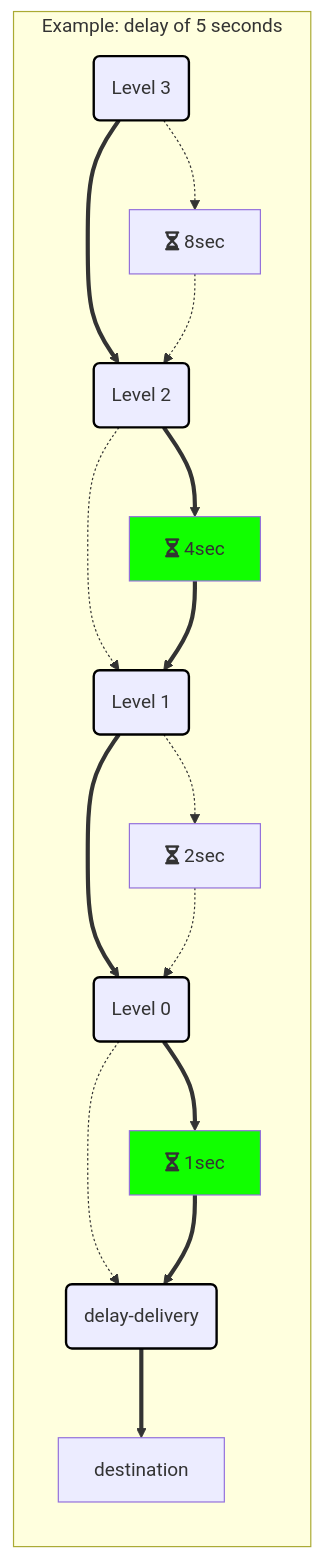
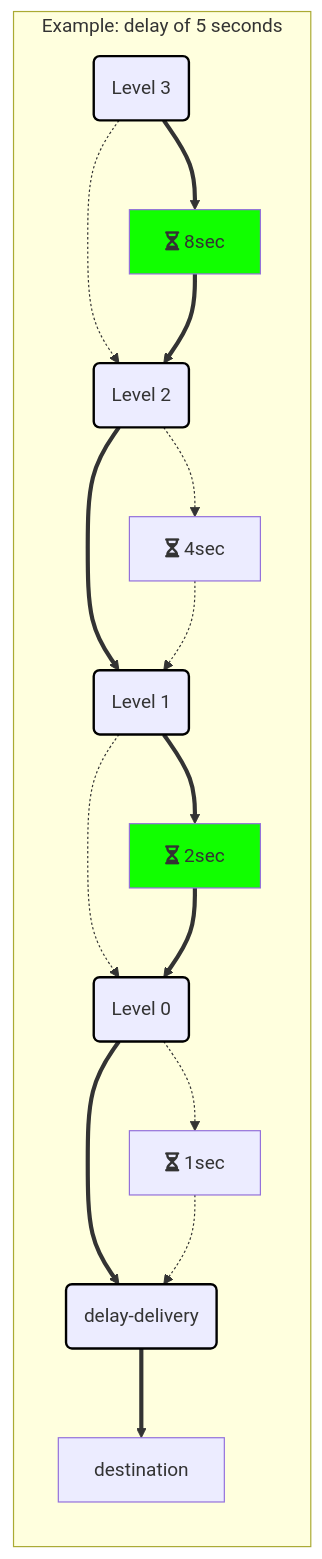
The second of 2 diagrams in transports/rabbitmq/delayed-delivery.md (Particular/docs.particular.net), drawn with Mermaid before and after one commit. The commit also changed other lines of this file, not shown here.

Commit message:
Replace table with diagram, adjust example

````diff
--- a/transports/rabbitmq/delayed-delivery.md
+++ b/transports/rabbitmq/delayed-delivery.md
@@ -111,41 +125,41 @@
 ```mermaid
 graph LR
 
 subgraph Example: delay of 5 seconds
 
 exchange3(Level 3)
 exchange2(Level 2)
 exchange1(Level 1)
 exchange0(Level 0)
 exchange-delivery(delay-delivery)
 q3[fa:fa-hourglass-half 8sec]
 q2[fa:fa-hourglass-half 4sec]
 q1[fa:fa-hourglass-half 2sec]
 q0[fa:fa-hourglass-half 1sec]
 
-exchange3 .-> q3
-exchange3 ==>exchange2
-q3 .-> exchange2
+exchange3 ==> q3
+exchange3 .->exchange2
+q3 ==> exchange2
 
-exchange2 ==> q2
-exchange2 .->exchange1
-q2 ==> exchange1
+exchange2 .-> q2
+exchange2 ==>exchange1
+q2 .-> exchange1
 
-exchange1 .-> q1
-exchange1 ==>exchange0
-q1 .-> exchange0
+exchange1 ==> q1
+exchange1 .->exchange0
+q1 ==> exchange0
 
-exchange0 ==> q0
-exchange0 .->exchange-delivery
-q0 ==> exchange-delivery
+exchange0 .-> q0
+exchange0 ==>exchange-delivery
+q0 .-> exchange-delivery
 
 exchange-delivery ==> dest[destination]
 
 classDef exchangeClass stroke:#000000,stroke-width:2px;
 class exchange3,exchange2,exchange1,exchange0,exchange-delivery exchangeClass
 
 classDef usedQueue fill:#11ff00;
-class q0,q2 usedQueue
+class q1,q3 usedQueue
 
 end
 ```
````
